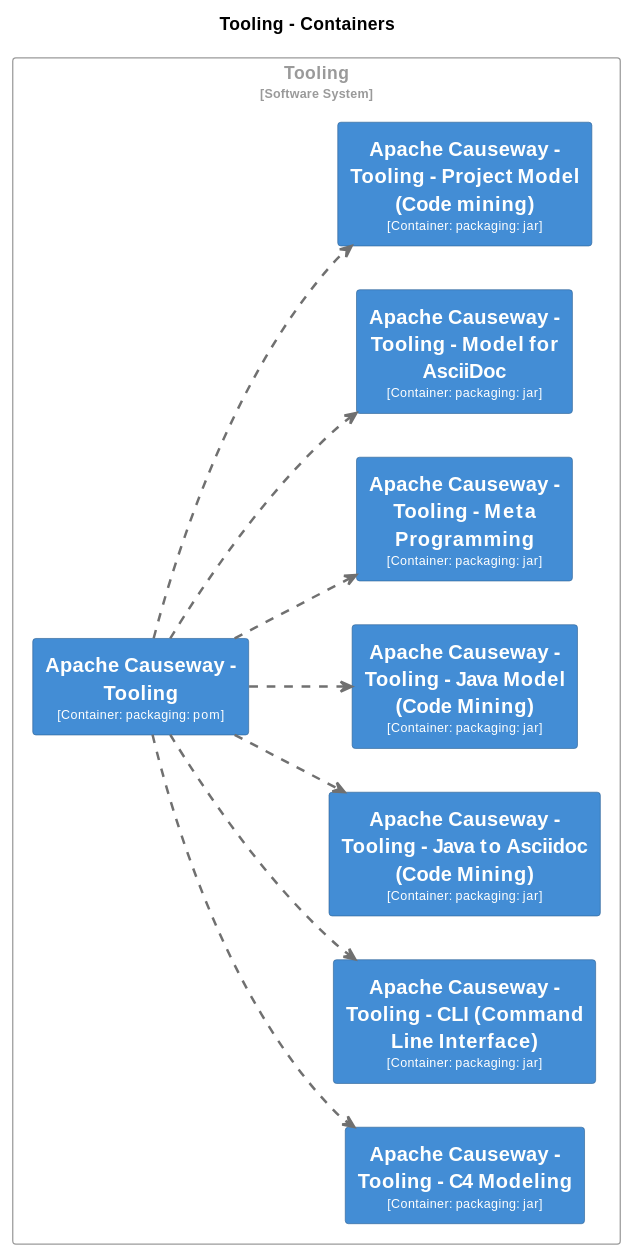
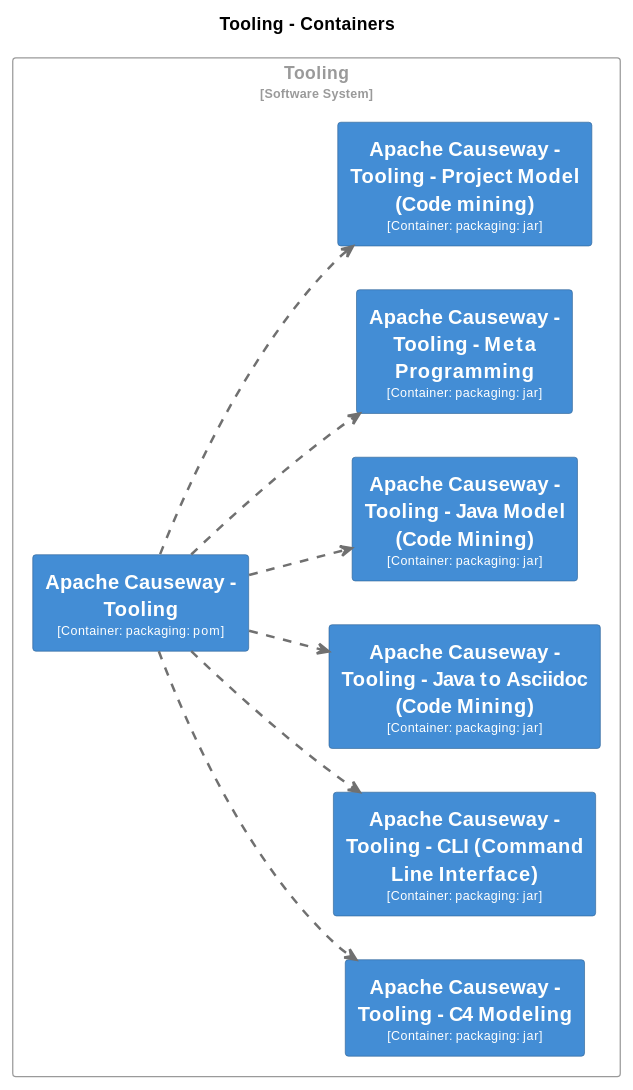
Diagram 29 of 33 in core/adoc/modules/_overview/pages/about.adoc (apache/causeway), drawn with PlantUML before and after one commit. The commit also changed other lines of this file and 58 other files, not shown here.

```diff
--- a/core/adoc/modules/_overview/pages/about.adoc
+++ b/core/adoc/modules/_overview/pages/about.adoc
@@ -5904,12 +5969,6 @@
   BorderColor #2e6295
   shadowing false
 }
-skinparam rectangle<<Tooling.ApacheCausewayToolingModelforAsciiDoc>> {
-  BackgroundColor #438dd5
-  FontColor #fffffe
-  BorderColor #2e6295
-  shadowing false
-}
 skinparam rectangle<<Tooling.ApacheCausewayToolingProjectModelCodemining>> {
   BackgroundColor #438dd5
   FontColor #fffffe
@@ -5929,16 +5988,14 @@
   rectangle "==Apache Causeway - Tooling - Java to Asciidoc (Code Mining)\n<size:10>[Container: packaging: jar]</size>" <<Tooling.ApacheCausewayToolingJavatoAsciidocCodeMining>> as Tooling.ApacheCausewayToolingJavatoAsciidocCodeMining
   rectangle "==Apache Causeway - Tooling - Java Model (Code Mining)\n<size:10>[Container: packaging: jar]</size>" <<Tooling.ApacheCausewayToolingJavaModelCodeMining>> as Tooling.ApacheCausewayToolingJavaModelCodeMining
   rectangle "==Apache Causeway - Tooling - Meta Programming\n<size:10>[Container: packaging: jar]</size>" <<Tooling.ApacheCausewayToolingMetaProgramming>> as Tooling.ApacheCausewayToolingMetaProgramming
-  rectangle "==Apache Causeway - Tooling - Model for AsciiDoc\n<size:10>[Container: packaging: jar]</size>" <<Tooling.ApacheCausewayToolingModelforAsciiDoc>> as Tooling.ApacheCausewayToolingModelforAsciiDoc
   rectangle "==Apache Causeway - Tooling - Project Model (Code mining)\n<size:10>[Container: packaging: jar]</size>" <<Tooling.ApacheCausewayToolingProjectModelCodemining>> as Tooling.ApacheCausewayToolingProjectModelCodemining
 }
 
-Tooling.ApacheCausewayTooling .[#707070,thickness=2].> Tooling.ApacheCausewayToolingC4Modeling : "<color:#707070>"
 Tooling.ApacheCausewayTooling .[#707070,thickness=2].> Tooling.ApacheCausewayToolingCLICommandLineInterface : "<color:#707070>"
 Tooling.ApacheCausewayTooling .[#707070,thickness=2].> Tooling.ApacheCausewayToolingJavatoAsciidocCodeMining : "<color:#707070>"
 Tooling.ApacheCausewayTooling .[#707070,thickness=2].> Tooling.ApacheCausewayToolingJavaModelCodeMining : "<color:#707070>"
 Tooling.ApacheCausewayTooling .[#707070,thickness=2].> Tooling.ApacheCausewayToolingMetaProgramming : "<color:#707070>"
-Tooling.ApacheCausewayTooling .[#707070,thickness=2].> Tooling.ApacheCausewayToolingModelforAsciiDoc : "<color:#707070>"
 Tooling.ApacheCausewayTooling .[#707070,thickness=2].> Tooling.ApacheCausewayToolingProjectModelCodemining : "<color:#707070>"
+Tooling.ApacheCausewayTooling .[#707070,thickness=2].> Tooling.ApacheCausewayToolingC4Modeling : "<color:#707070>"
 @enduml
 ----
```
